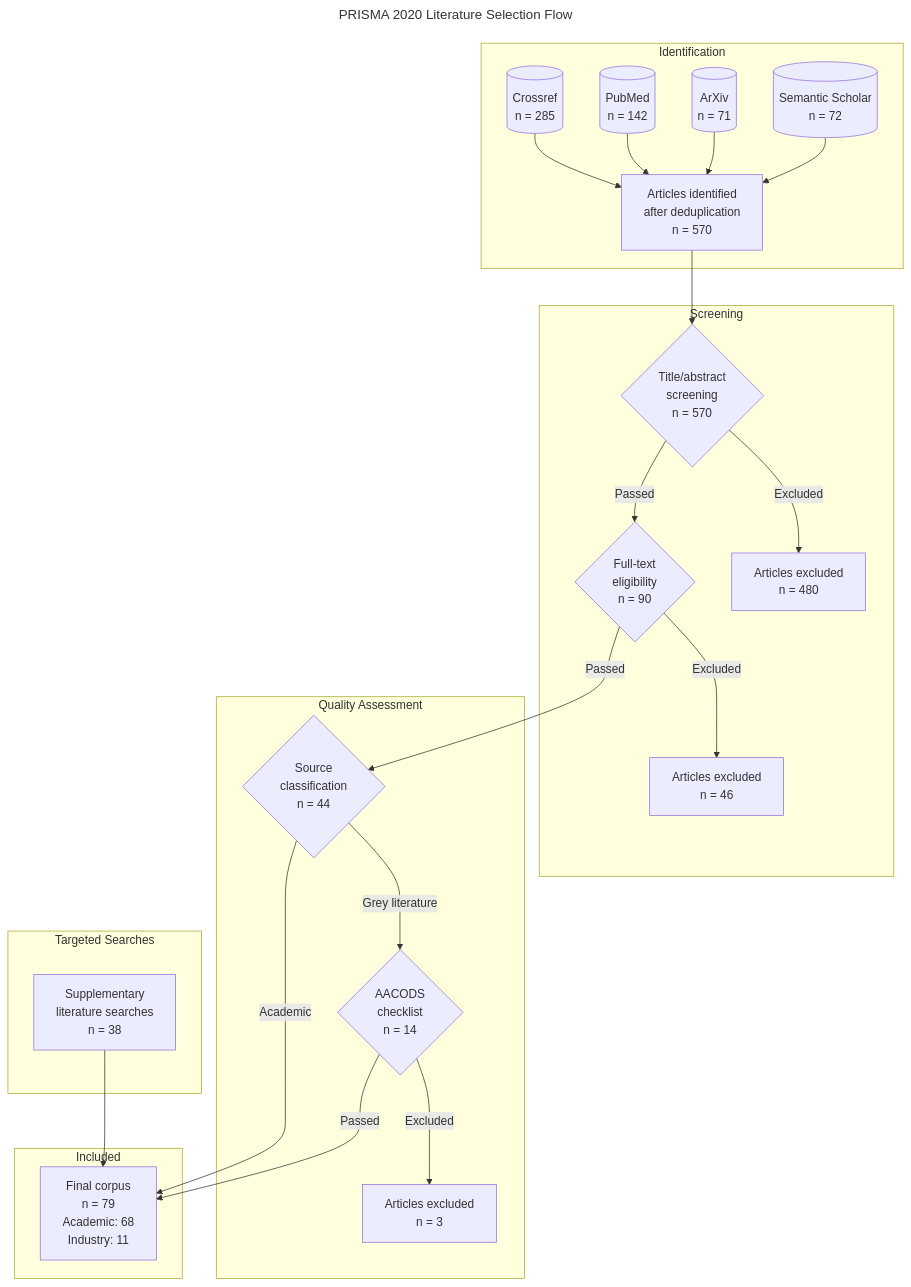
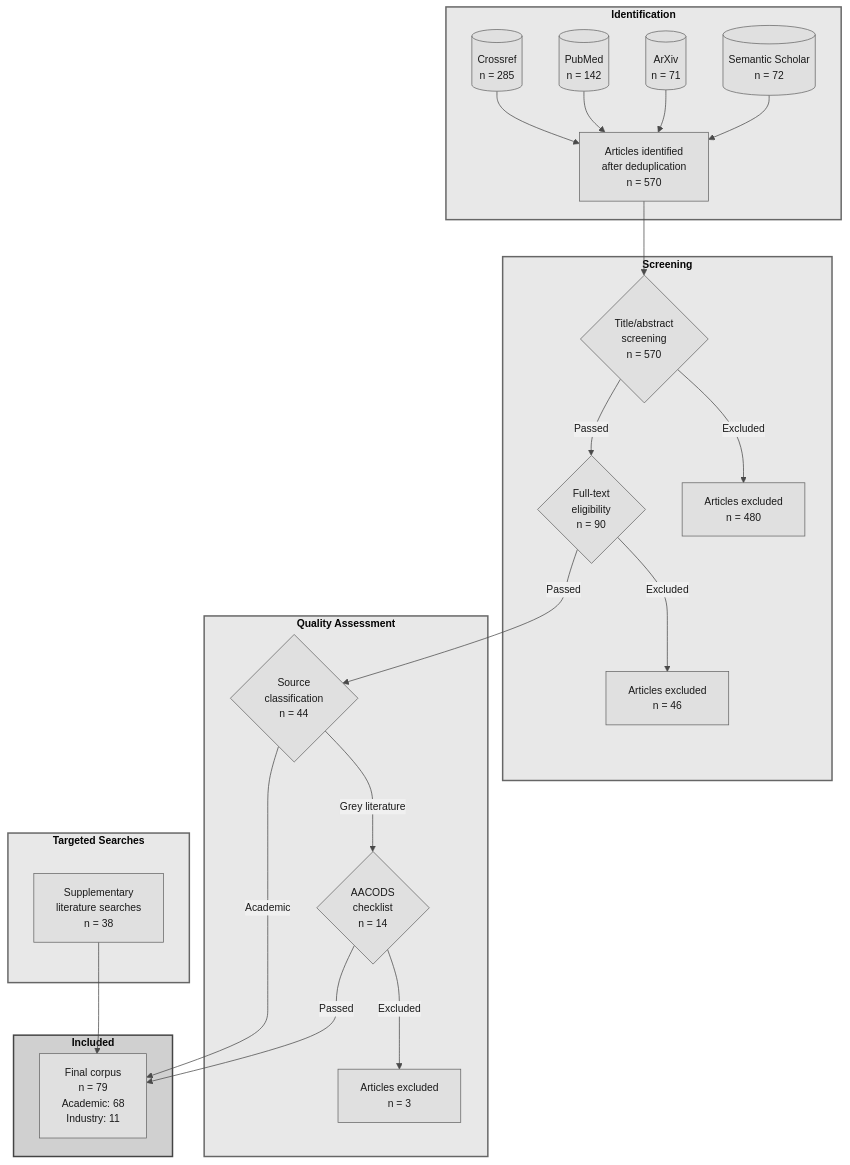
One commit to stharrold/yuimedi-paper-20250901 changed the diagram in figures/literature-flow.mmd. Above: the diagram before and after it, drawn with Mermaid. The commit also changed 10 other files, not shown here.

First line of the commit message:
style(paper): grayscale diagrams, bold labels, table formatting

```diff
--- a/figures/literature-flow.mmd
+++ b/figures/literature-flow.mmd
@@ -1,39 +1,44 @@
----
-title: PRISMA 2020 Literature Selection Flow
----
+%%{init: {'theme': 'base', 'flowchart': {'useMaxWidth': false, 'markdownAutoWrap': false}, 'themeVariables': { 'primaryColor': '#e0e0e0', 'primaryTextColor': '#1a1a1a', 'primaryBorderColor': '#666', 'lineColor': '#4a4a4a', 'secondaryColor': '#f0f0f0', 'tertiaryColor': '#fafafa', 'fontFamily': 'Arial, sans-serif', 'fontSize': '14px'}}}%%
 flowchart TD
     %% PRISMA 2020 Flow Diagram for Literature Selection
     %% Aligned with lit_review academic-literature-review workflow
     %% Total: 570 identified + 38 targeted → 79 included
     %% Note: Generate PNG via mermaid.live for proper font rendering
 
-    subgraph ID["Identification"]
+    subgraph ID["<b>Identification</b>"]
         A1[("Crossref<br/>n = 285")] --> A
         A2[("PubMed<br/>n = 142")] --> A
         A3[("ArXiv<br/>n = 71")] --> A
         A4[("Semantic Scholar<br/>n = 72")] --> A
         A["Articles identified<br/>after deduplication<br/>n = 570"]
     end
 
-    subgraph SC["Screening"]
+    subgraph SC["<b>Screening</b>"]
         A --> D{"Title/abstract<br/>screening<br/>n = 570"}
         D -->|"Excluded"| E["Articles excluded<br/>n = 480"]
         D -->|"Passed"| H{"Full-text<br/>eligibility<br/>n = 90"}
         H -->|"Excluded"| I["Articles excluded<br/>n = 46"]
     end
 
-    subgraph QA["Quality Assessment"]
+    subgraph QA["<b>Quality Assessment</b>"]
         H -->|"Passed"| J{"Source<br/>classification<br/>n = 44"}
         J -->|"Grey literature"| L{"AACODS<br/>checklist<br/>n = 14"}
         L -->|"Excluded"| N["Articles excluded<br/>n = 3"]
     end
 
-    subgraph TS["Targeted Searches"]
+    subgraph TS["<b>Targeted Searches</b>"]
         T1["Supplementary<br/>literature searches<br/>n = 38"]
     end
 
-    subgraph IN["Included"]
+    subgraph IN["<b>Included</b>"]
         J -->|"Academic"| O["Final corpus<br/>n = 79<br/>Academic: 68<br/>Industry: 11"]
         L -->|"Passed"| O
         T1 --> O
     end
+
+    %% Styling - Grayscale
+    style ID fill:#e8e8e8,stroke:#666,stroke-width:2px
+    style SC fill:#e8e8e8,stroke:#666,stroke-width:2px
+    style QA fill:#e8e8e8,stroke:#666,stroke-width:2px
+    style TS fill:#e8e8e8,stroke:#666,stroke-width:2px
+    style IN fill:#d0d0d0,stroke:#444,stroke-width:2px
```
